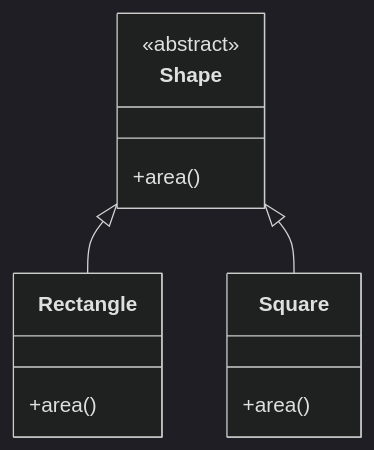
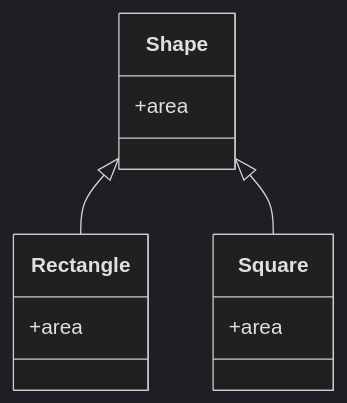
The fifth of 10 diagrams in src/content/lld-solid-principles.md (gojosatoru123-ux/CacheU), drawn with Mermaid (dark theme) before and after one commit. The commit also changed other lines of this file and 21 other files, not shown here.

````diff
--- a/src/content/lld-solid-principles.md
+++ b/src/content/lld-solid-principles.md
@@ -585,18 +584,17 @@
 ```mermaid
 classDiagram
     class Shape {
-        <<abstract>>
-        +area()
+        +area
     }
 
     class Rectangle {
-        +area()
+        +area
     }
 
     class Square {
-        +area()
+        +area
     }
 
     Shape <|-- Rectangle
     Shape <|-- Square
 ```
````
